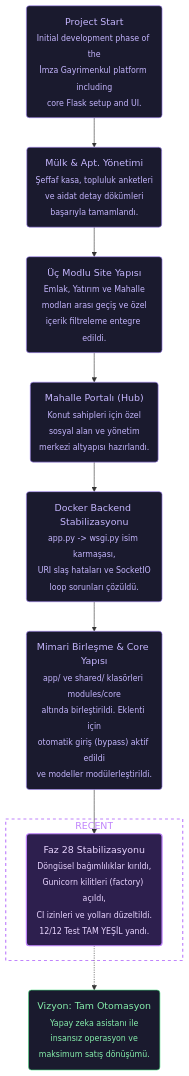
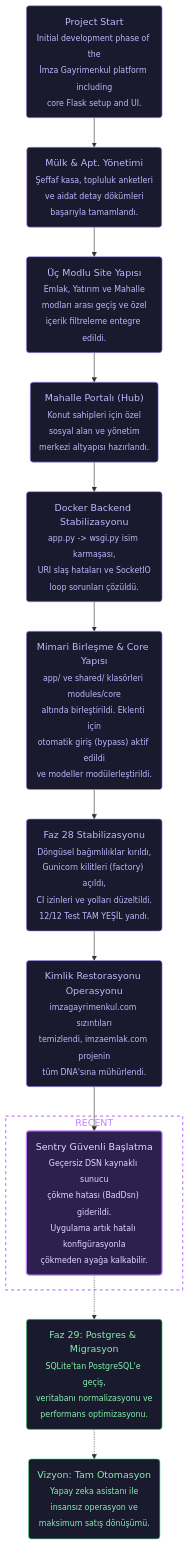
Before and after one commit to ramosis/imzagyo: the diagram in vizvibe.mmd, drawn with Mermaid. The commit also changed 2 other files, not shown here.

Commit message:
fix: Sentry DSN hatasi kaynakli sunucu cokme sorunu giderildi (Safe Init)
- Sentry baslatma mantigi try-except bloguna alindi.
- Gecersiz DSN durumunda uygulamanin cokmesi engellendi.
- vizvibe.mmd guncellendi.

```diff
--- a/vizvibe.mmd
+++ b/vizvibe.mmd
@@ -1,64 +1,79 @@
 flowchart TD
     %% === PROJECT GOALS ===
     %% Ultimate Goal: Türkiye'nin en teknolojik ve şeffaf gayrimenkul yönetim platformu olmak.
     %% Current Goal: Faz 28: Mimari Sadeleşme & Klasör Konsolidasyonu tamamlandı.
 
     %% === START ===
     %% @project_start [start, closed, 2026-01-09, user]
     project_start("Project Start<br/><sub>Initial development phase of the<br/>İmza Gayrimenkul platform including<br/>core Flask setup and UI.</sub>")
 
     %% === COMPLETED WORK ===
     %% @feature_apt_mgmt [ai-task, closed, 2026-03-23, user]
     feature_apt_mgmt("Mülk & Apt. Yönetimi<br/><sub>Şeffaf kasa, topluluk anketleri<br/>ve aidat detay dökümleri<br/>başarıyla tamamlandı.</sub>")
 
     %% @feature_three_mode_site [ai-task, closed, 2026-03-30, user]
     feature_three_mode_site("Üç Modlu Site Yapısı<br/><sub>Emlak, Yatırım ve Mahalle<br/>modları arası geçiş ve özel<br/>içerik filtreleme entegre edildi.</sub>")
     
     %% @feature_neighborhood_hub [ai-task, closed, 2026-03-30, user]
     feature_neighborhood_hub("Mahalle Portalı (Hub)<br/><sub>Konut sahipleri için özel<br/>sosyal alan ve yönetim<br/>merkezi altyapısı hazırlandı.</sub>")
 
     %% @feature_phase25_docker_stabilization [ai-task, closed, 2026-04-02, antigravity]
     feature_phase25_docker_stabilization("Docker Backend Stabilizasyonu<br/><sub>app.py -> wsgi.py isim karmaşası,<br/>URI slaş hataları ve SocketIO<br/>loop sorunları çözüldü.</sub>")
 
     %% @feature_phase28_unification [ai-task, closed, 2026-04-02, antigravity]
     feature_phase28_unification("Mimari Birleşme & Core Yapısı<br/><sub>app/ ve shared/ klasörleri modules/core<br/>altında birleştirildi. Eklenti için<br/>otomatik giriş (bypass) aktif edildi<br/>ve modeller modülerleştirildi.</sub>")
 
     %% @feature_phase28_stabilization [ai-task, closed, 2026-04-02, antigravity]
     feature_phase28_stabilization("Faz 28 Stabilizasyonu<br/><sub>Döngüsel bağımlılıklar kırıldı,<br/>Gunicorn kilitleri (factory) açıldı,<br/>CI izinleri ve yolları düzeltildi.<br/>12/12 Test TAM YEŞİL yandı.</sub>")
 
+    %% @feature_domain_cleanup [ai-task, closed, 2026-04-02, antigravity]
+    feature_domain_cleanup("Kimlik Restorasyonu Operasyonu<br/><sub>imzagayrimenkul.com sızıntıları<br/>temizlendi, imzaemlak.com projenin<br/>tüm DNA'sına mühürlendi.</sub>")
+
+    %% @feature_sentry_safe_init [ai-task, closed, 2026-04-03, antigravity]
+    feature_sentry_safe_init("Sentry Güvenli Başlatma<br/><sub>Geçersiz DSN kaynaklı sunucu<br/>çökme hatası (BadDsn) giderildi.<br/>Uygulama artık hatalı konfigürasyonla<br/>çökmeden ayağa kalkabilir.</sub>")
+
     %% === FUTURE WORK ===
+    %% @phase_29_postgresql [ai-task, opened, 2026-04-10, antigravity]
+    phase_29_postgresql("Faz 29: Postgres & Migrasyon<br/><sub>SQLite'tan PostgreSQL'e geçiş,<br/>veritabanı normalizasyonu ve<br/>performans optimizasyonu.</sub>")
+
     %% @ultimate_goal [end, opened, 2026-06-01, user]
     ultimate_goal("Vizyon: Tam Otomasyon<br/><sub>Yapay zeka asistanı ile<br/>insansız operasyon ve<br/>maksimum satış dönüşümü.</sub>")
 
     %% === RECENT ===
     subgraph recent [RECENT]
-        feature_phase28_stabilization
+        feature_sentry_safe_init
     end
 
     %% === EDGES ===
     project_start --> feature_apt_mgmt
     feature_apt_mgmt --> feature_three_mode_site
     feature_three_mode_site --> feature_neighborhood_hub
     feature_neighborhood_hub --> feature_phase25_docker_stabilization
     feature_phase25_docker_stabilization --> feature_phase28_unification
     feature_phase28_unification --> feature_phase28_stabilization
-    feature_phase28_stabilization -.-> ultimate_goal
+    feature_phase28_stabilization --> feature_domain_cleanup
+    feature_domain_cleanup --> feature_sentry_safe_init
+    feature_sentry_safe_init -.-> phase_29_postgresql
+    phase_29_postgresql -.-> ultimate_goal
 
     %% === STYLES ===
     %% Closed tasks
     style project_start fill:#1a1a2e,stroke:#a78bfa,color:#c4b5fd,stroke-width:1px
     style feature_apt_mgmt fill:#1a1a2e,stroke:#a78bfa,color:#c4b5fd,stroke-width:1px
     style feature_three_mode_site fill:#1a1a2e,stroke:#a78bfa,color:#c4b5fd,stroke-width:1px
     style feature_neighborhood_hub fill:#1a1a2e,stroke:#a78bfa,color:#c4b5fd,stroke-width:1px
     style feature_phase25_docker_stabilization fill:#1a1a2e,stroke:#a78bfa,color:#c4b5fd,stroke-width:1px
     style feature_phase28_unification fill:#1a1a2e,stroke:#a78bfa,color:#c4b5fd,stroke-width:1px
     style feature_phase28_stabilization fill:#1a1a2e,stroke:#a78bfa,color:#c4b5fd,stroke-width:1px
+    style feature_domain_cleanup fill:#1a1a2e,stroke:#a78bfa,color:#c4b5fd,stroke-width:1px
+    style feature_sentry_safe_init fill:#1a1a2e,stroke:#a78bfa,color:#c4b5fd,stroke-width:1px
 
     %% Recent node
-    style feature_phase28_stabilization fill:#2d1f4e,stroke:#c084fc,color:#e9d5ff,stroke-width:2px
+    style feature_sentry_safe_init fill:#2d1f4e,stroke:#c084fc,color:#e9d5ff,stroke-width:2px
 
     %% Recent subgraph
     style recent fill:transparent,stroke:#c084fc,color:#c084fc,stroke-width:2px,stroke-dasharray:5 5
 
     %% Open tasks
     style ultimate_goal fill:#1a1a2e,stroke:#4ade80,color:#86efac,stroke-width:1px
+    style phase_29_postgresql fill:#1a1a2e,stroke:#4ade80,color:#86efac,stroke-width:1px
```
